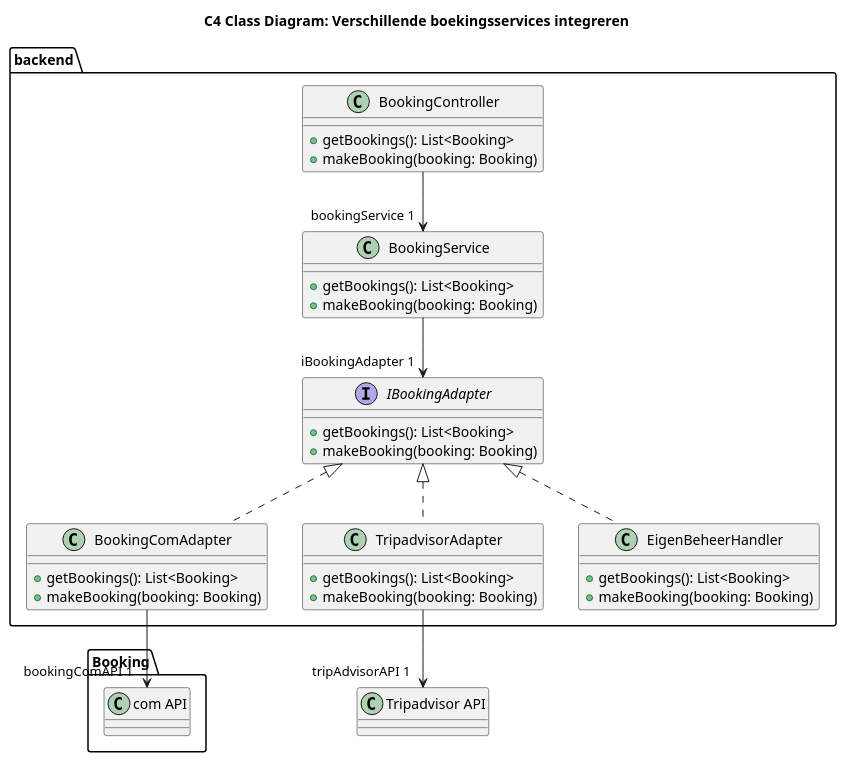
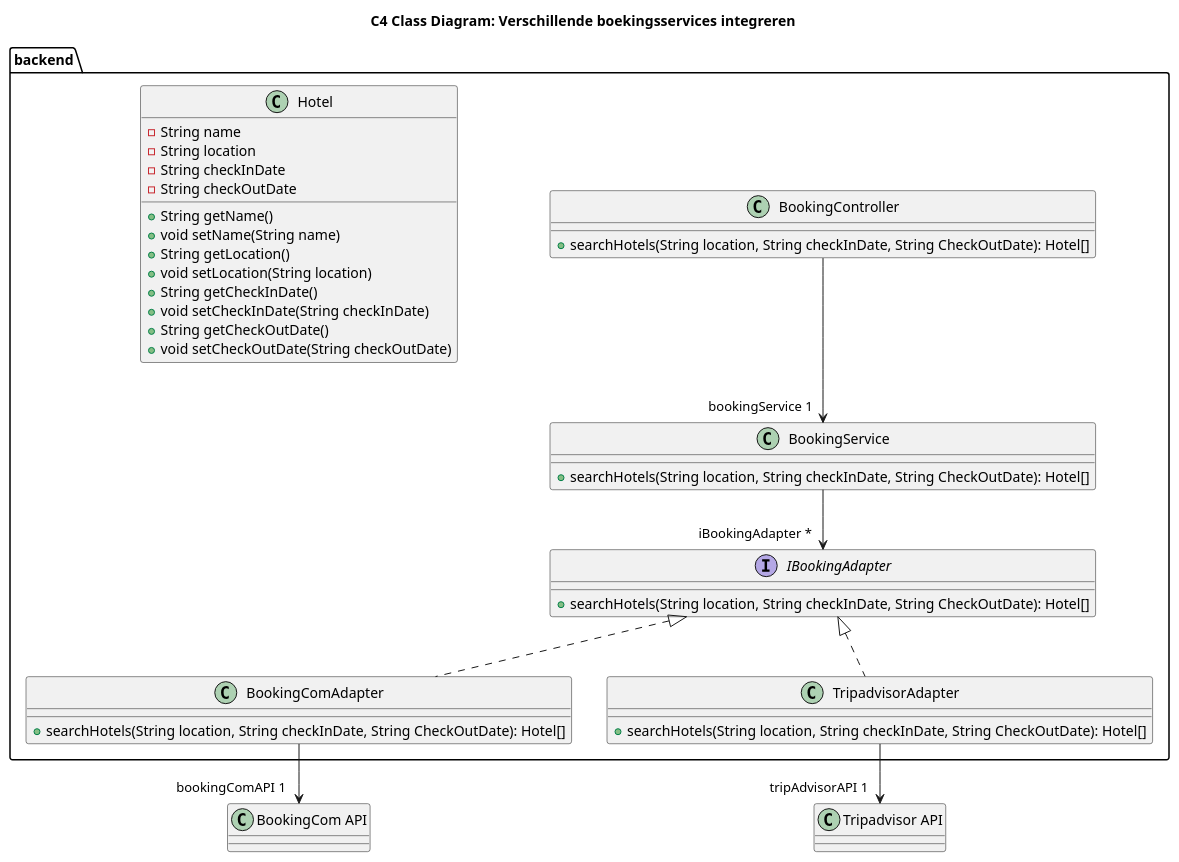
The diagram in software-guidebook/sgb-bestanden/ontwerpvragen/Modifiability - class diagram.puml (AIM-ENE-feb25/triptop-groep-4-jochem-roald-stijn-a), drawn with PlantUML before and after one commit.

Commit message:
Update Modifiability - class diagram.puml

```diff
--- a/software-guidebook/sgb-bestanden/ontwerpvragen/Modifiability - class diagram.puml
+++ b/software-guidebook/sgb-bestanden/ontwerpvragen/Modifiability - class diagram.puml
@@ -1,47 +1,52 @@
 @startuml
 title C4 Class Diagram: Verschillende boekingsservices integreren
 
 
 package "backend" {
 
 interface IBookingAdapter {
-    + getBookings(): List<Booking>
-    + makeBooking(booking: Booking)
+    + searchHotels(String location, String checkInDate, String CheckOutDate): Hotel[]
 }
 
 class BookingComAdapter {
-    + getBookings(): List<Booking>
-    + makeBooking(booking: Booking)
+    + searchHotels(String location, String checkInDate, String CheckOutDate): Hotel[]
 }
 
 class TripadvisorAdapter {
-    + getBookings(): List<Booking>
-    + makeBooking(booking: Booking)
-}
-
-class EigenBeheerHandler {
-    + getBookings(): List<Booking>
-    + makeBooking(booking: Booking)
+    + searchHotels(String location, String checkInDate, String CheckOutDate): Hotel[]
 }
 
 class BookingController {
-    + getBookings(): List<Booking>
-    + makeBooking(booking: Booking)
+    + searchHotels(String location, String checkInDate, String CheckOutDate): Hotel[]
 }
 
 class BookingService {
-    + getBookings(): List<Booking>
-    + makeBooking(booking: Booking)
+    + searchHotels(String location, String checkInDate, String CheckOutDate): Hotel[]
+}
+
+class Hotel {
+    - String name
+    - String location
+    - String checkInDate
+    - String checkOutDate
+
+    + String getName()
+    + void setName(String name)
+    + String getLocation()
+    + void setLocation(String location)
+    + String getCheckInDate()
+    + void setCheckInDate(String checkInDate)
+    + String getCheckOutDate()
+    + void setCheckOutDate(String checkOutDate)
 }
 
 }
 
 IBookingAdapter <|.. BookingComAdapter
 IBookingAdapter <|.. TripadvisorAdapter
-IBookingAdapter <|.. EigenBeheerHandler
-BookingComAdapter --> "bookingComAPI 1" "Booking.com API"
+BookingComAdapter --> "bookingComAPI 1" "BookingCom API"
 TripadvisorAdapter --> "tripAdvisorAPI 1" "Tripadvisor API"
 
 BookingController --> "bookingService 1" BookingService
-BookingService --> "iBookingAdapter 1" IBookingAdapter
+BookingService --> "iBookingAdapter *" IBookingAdapter
 @enduml
```
